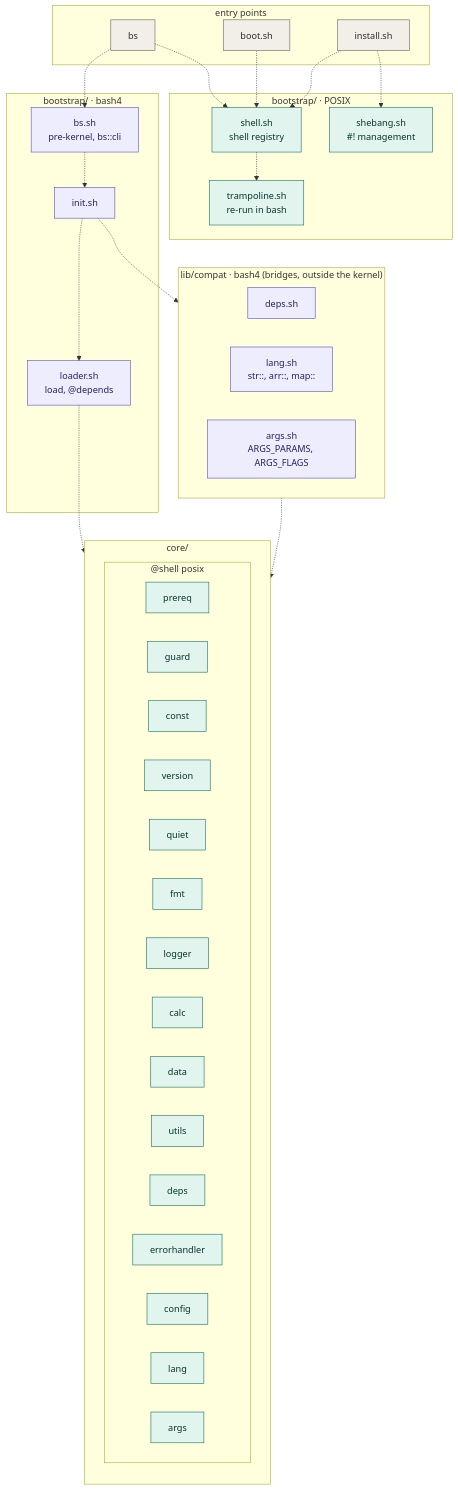
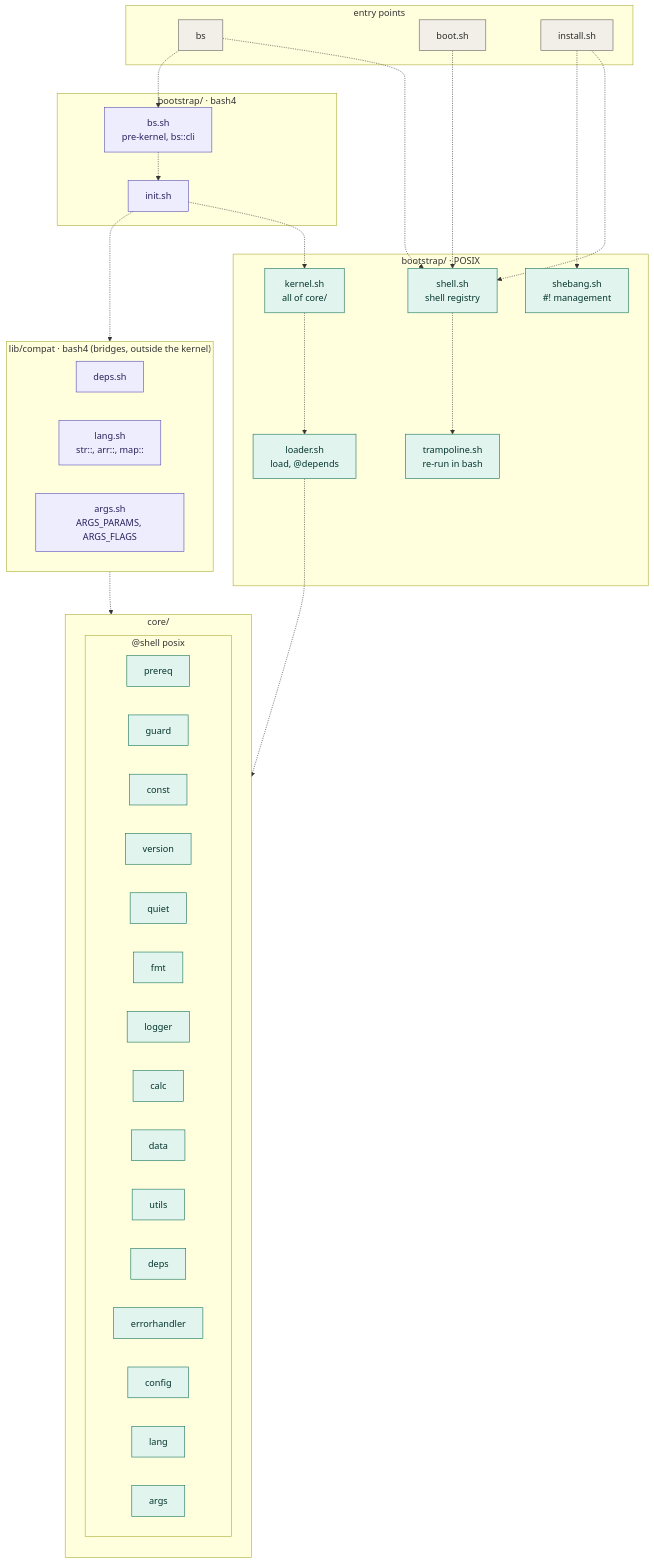
Before and after one commit to Igormm/bs: the first of 7 diagrams in documentation/en/01-getting-started/README.md, drawn with Mermaid. The commit also changed other lines of this file and 30 other files, not shown here.

Commit message:
refactor(bootstrap): loader — @shell posix (bs_load), новый kernel.sh грузит всё ядро в любой оболочке; init.sh использует kernel.sh

````diff
--- a/documentation/en/01-getting-started/README.md
+++ b/documentation/en/01-getting-started/README.md
@@ -161,57 +161,59 @@
 ```mermaid
 flowchart TB
   classDef entry fill:#F1EFE8,stroke:#5F5E5A,color:#2C2C2A
   classDef posix fill:#E1F5EE,stroke:#0F6E56,color:#04342C
   classDef bash4 fill:#EEEDFE,stroke:#534AB7,color:#26215C
   subgraph E["entry points"]
     bs["bs"]:::entry
     boot["boot.sh"]:::entry
     inst["install.sh"]:::entry
   end
   subgraph P["bootstrap/ · POSIX"]
     shell["shell.sh<br/>shell registry"]:::posix
     tramp["trampoline.sh<br/>re-run in bash"]:::posix
     sheb["shebang.sh<br/>#! management"]:::posix
+    loader["loader.sh<br/>load, @depends"]:::posix
+    kern["kernel.sh<br/>all of core/"]:::posix
   end
   subgraph B["bootstrap/ · bash4"]
     bssh["bs.sh<br/>pre-kernel, bs::cli"]:::bash4
     init["init.sh"]:::bash4
-    loader["loader.sh<br/>load, @depends"]:::bash4
   end
   subgraph C["core/"]
     direction TB
     subgraph CP["@shell posix"]
       prereq:::posix
       guard:::posix
       const:::posix
       version:::posix
       quiet:::posix
       fmt:::posix
       logger:::posix
       calc:::posix
       data:::posix
       utils:::posix
       deps:::posix
       errorhandler:::posix
       config:::posix
       lang:::posix
       args:::posix
     end
   end
   subgraph L["lib/compat · bash4 (bridges, outside the kernel)"]
     cdeps["deps.sh"]:::bash4
     clang["lang.sh<br/>str::, arr::, map::"]:::bash4
     cargs["args.sh<br/>ARGS_PARAMS, ARGS_FLAGS"]:::bash4
   end
   bs -.-> shell
   boot -.-> shell
   inst -.-> shell
   shell -.-> tramp
   bs -.-> bssh
   bssh -.-> init
-  init -.-> loader
+  init -.-> kern
+  kern -.-> loader
   loader -.-> CP
   init -.-> L
   L -.-> CP
   inst -.-> sheb
 ```
````
